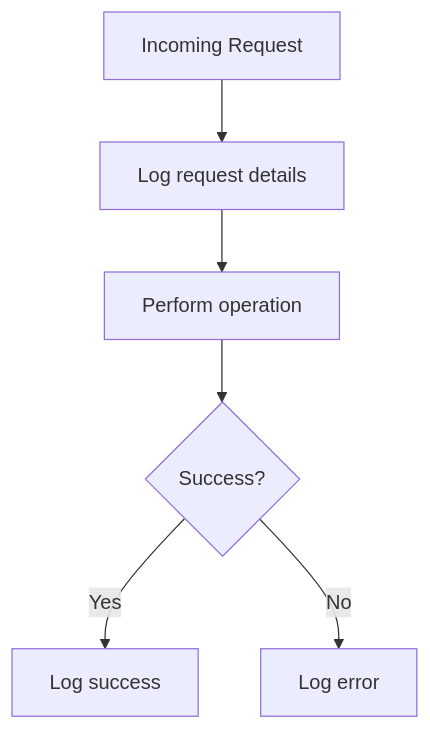
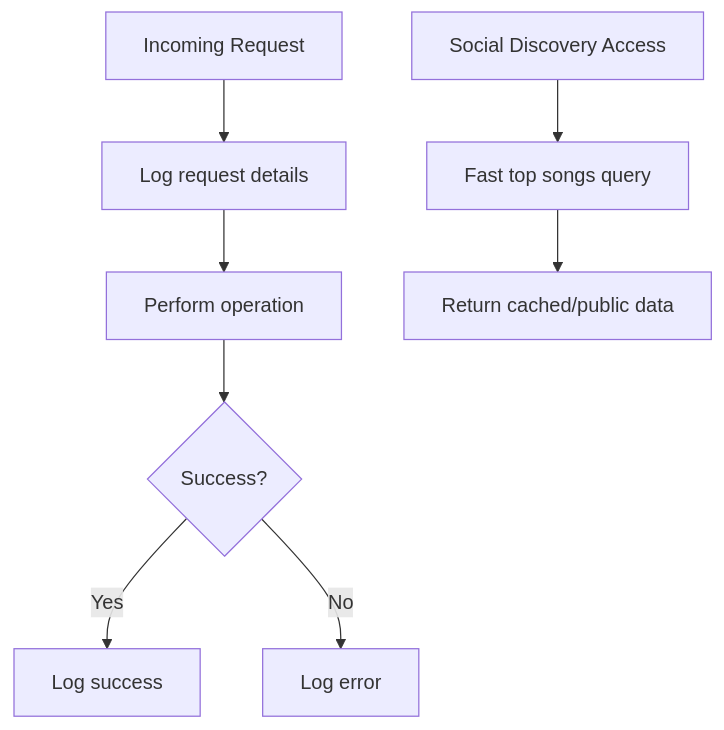
One commit to dkoukoul/kpop-random-dance-generator changed diagram 12 of 13 in .qoder/repowiki/en/content/Core Services Architecture/Analytics and Tracking Service.md. Above: the diagram before and after it, drawn with Mermaid. The commit also changed other lines of this file and 3 other files, not shown here.

````diff
--- a/.qoder/repowiki/en/content/Core Services Architecture/Analytics and Tracking Service.md
+++ b/.qoder/repowiki/en/content/Core Services Architecture/Analytics and Tracking Service.md
@@ -439,8 +480,10 @@
 ```mermaid
 flowchart TD
 A["Incoming Request"] --> B["Log request details"]
 B --> C["Perform operation"]
 C --> D{"Success?"}
 D --> |Yes| E["Log success"]
 D --> |No| F["Log error"]
+G["Social Discovery Access"] --> H["Fast top songs query"]
+H --> I["Return cached/public data"]
 ```
````
